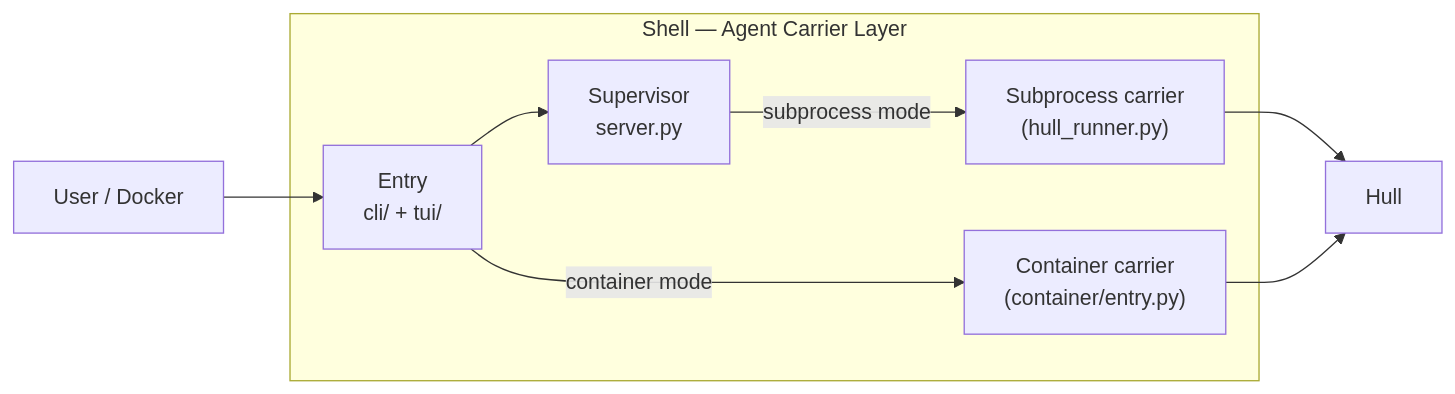
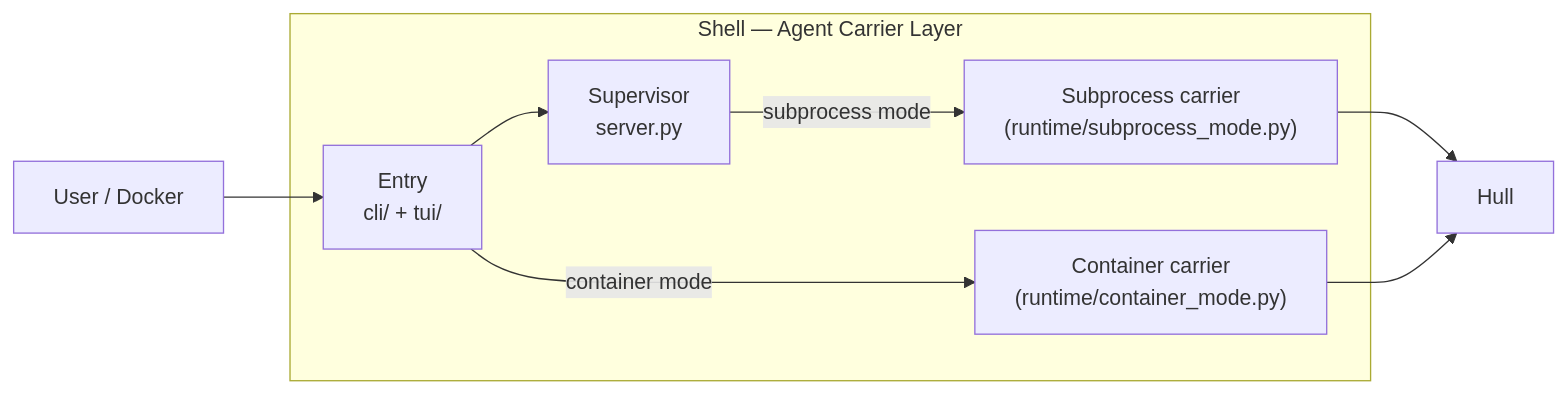
The diagram in src/vessal/ark/shell/README.md (vessal-ai/vessal), drawn with Mermaid before and after one commit. The commit also changed other lines of this file and 20 other files, not shown here.

First line of the commit message:
refactor(shell): extract HullHttpHandlerBase, move carriers under runtime/ (P4)

````diff
--- a/src/vessal/ark/shell/README.md
+++ b/src/vessal/ark/shell/README.md
@@ -17,15 +17,15 @@
 ```mermaid
 flowchart LR
     User["User / Docker"] --> Entry["Entry\ncli/ + tui/"]
     Entry --> Supervisor["Supervisor\nserver.py"]
-    Supervisor -->|subprocess mode| Runtime["Subprocess carrier\n(hull_runner.py)"]
-    Entry -->|container mode| Runtime2["Container carrier\n(container/entry.py)"]
+    Supervisor -->|subprocess mode| Runtime["Subprocess carrier\n(runtime/subprocess_mode.py)"]
+    Entry -->|container mode| Runtime2["Container carrier\n(runtime/container_mode.py)"]
     Runtime --> Hull["Hull"]
     Runtime2 --> Hull
     subgraph Shell["Shell — Agent Carrier Layer"]
         Entry
         Supervisor
         Runtime
         Runtime2
     end
 ```
````
